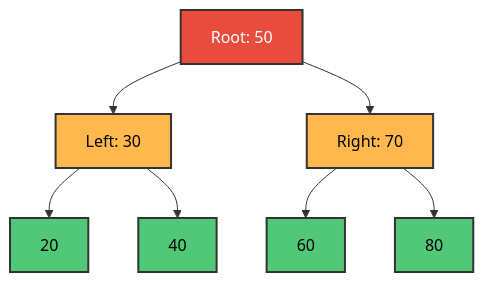
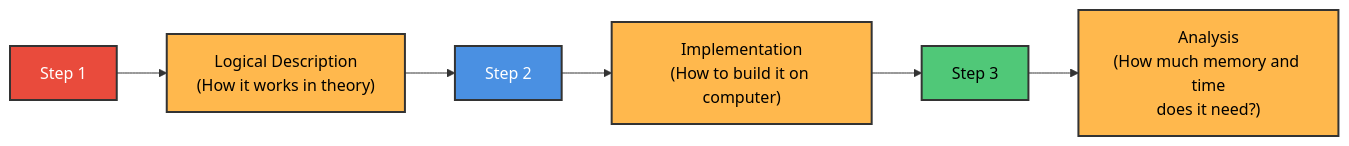
One commit to M-F-Tushar/CSE-2101-Data-Structure changed the seventh of 29 diagrams in Chapter 1 - Introduction and Overview/README.md. Above: the diagram before and after it, drawn with Mermaid. The commit also changed other lines of this file, not shown here.

````diff
--- a/Chapter 1 - Introduction and Overview/README.md
+++ b/Chapter 1 - Introduction and Overview/README.md
@@ -496,19 +200,15 @@
 ```mermaid
-graph TD
-    ROOT["Root: 50"] --> L1["Left: 30"]
-    ROOT --> R1["Right: 70"]
+graph LR
+    A["Step 1"] --> B["Logical Description<br/>(How it works in theory)"]
+    B --> C["Step 2"]
+    C --> D["Implementation<br/>(How to build it on computer)"]
+    D --> E["Step 3"]
+    E --> F["Analysis<br/>(How much memory and time<br/>does it need?)"]
     
-    L1 --> L2["20"]
-    L1 --> L3["40"]
-    
-    R1 --> R2["60"]
-    R1 --> R3["80"]
-    
-    style ROOT fill:#E94B3C,stroke:#333,stroke-width:2px,color:#fff
-    style L1 fill:#FFB84D,stroke:#333,stroke-width:2px,color:#000
-    style R1 fill:#FFB84D,stroke:#333,stroke-width:2px,color:#000
-    style L2 fill:#50C878,stroke:#333,stroke-width:2px,color:#000
-    style L3 fill:#50C878,stroke:#333,stroke-width:2px,color:#000
-    style R2 fill:#50C878,stroke:#333,stroke-width:2px,color:#000
-    style R3 fill:#50C878,stroke:#333,stroke-width:2px,color:#000
+    style A fill:#E94B3C,stroke:#333,stroke-width:2px,color:#fff
+    style B fill:#FFB84D,stroke:#333,stroke-width:2px,color:#000
+    style C fill:#4A90E2,stroke:#333,stroke-width:2px,color:#fff
+    style D fill:#FFB84D,stroke:#333,stroke-width:2px,color:#000
+    style E fill:#50C878,stroke:#333,stroke-width:2px,color:#000
+    style F fill:#FFB84D,stroke:#333,stroke-width:2px,color:#000
 ```
````
